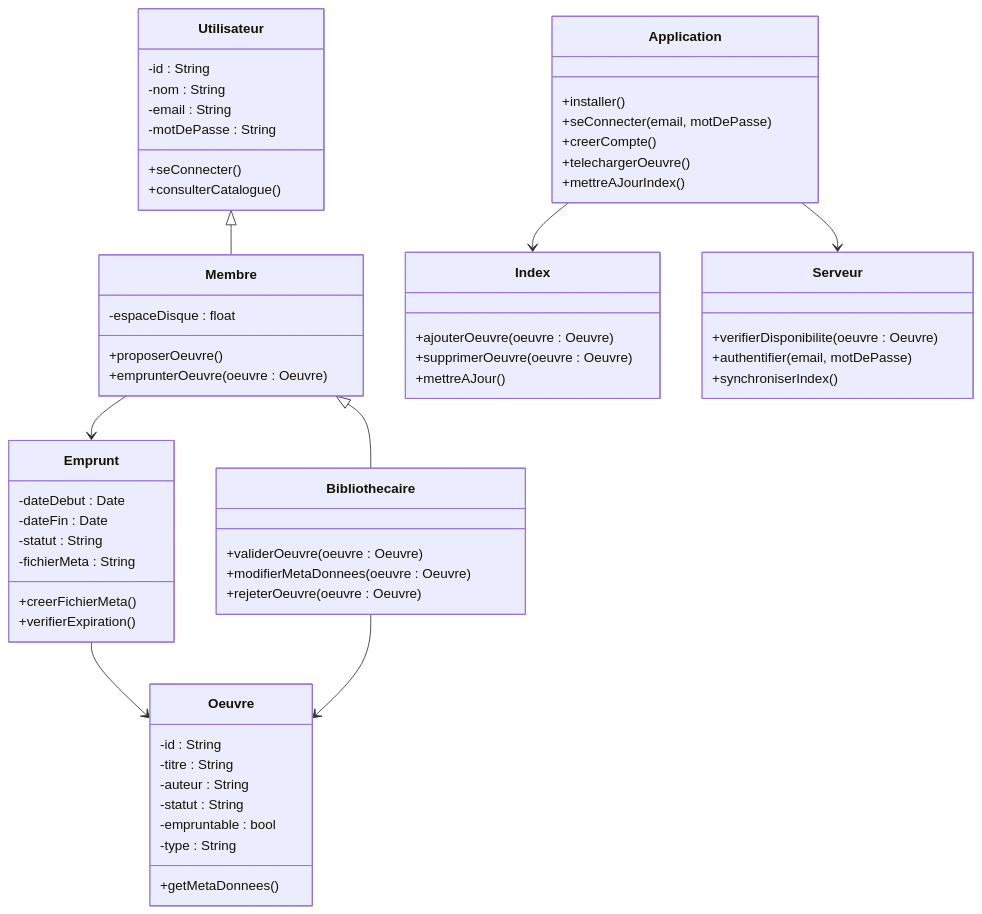
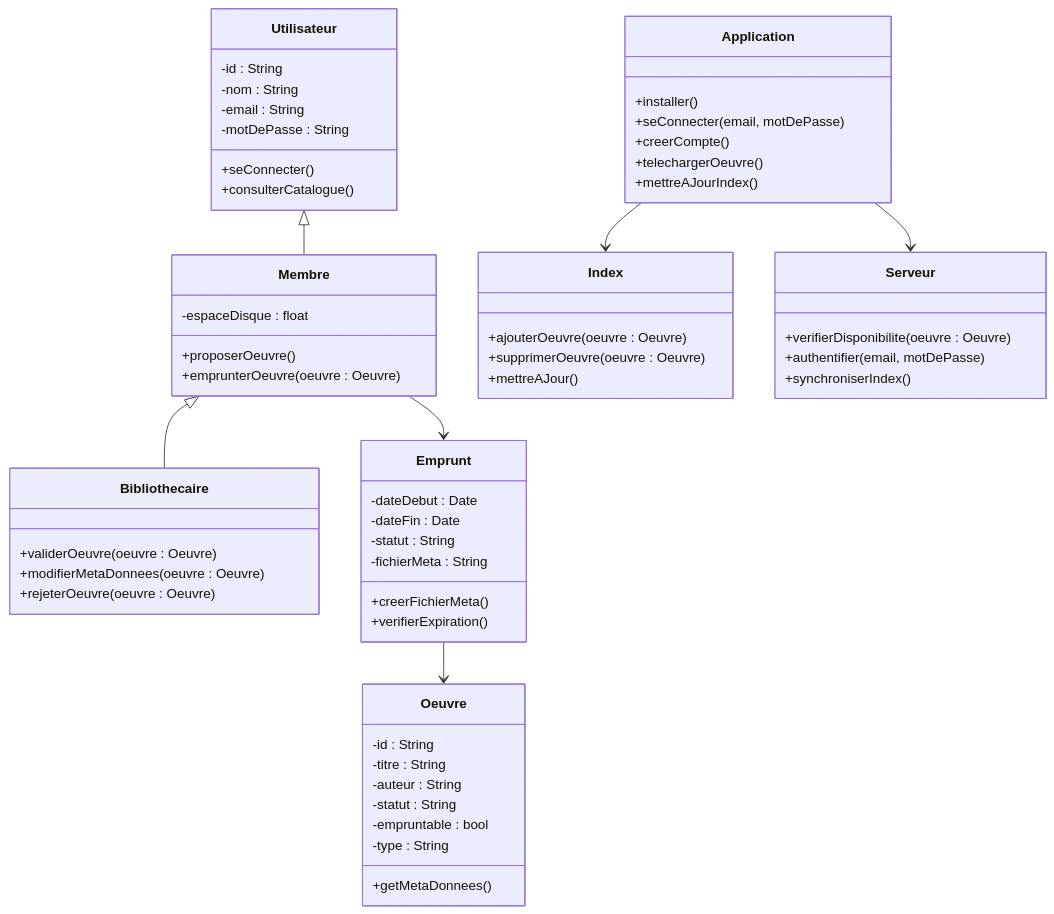
One commit to JustADevInFrance/biblioteko changed the diagram in docs/fr/Conception/Diagrammes de classes/Diagrammes/global.md. Above: the diagram before and after it, drawn with Mermaid. The commit also changed 8 other files, not shown here.

````diff
--- a/docs/fr/Conception/Diagrammes de classes/Diagrammes/global.md
+++ b/docs/fr/Conception/Diagrammes de classes/Diagrammes/global.md
@@ -3,70 +3,69 @@
 ```mermaid
 classDiagram
     class Application {
         +installer()
         +seConnecter(email, motDePasse)
         +creerCompte()
         +telechargerOeuvre()
         +mettreAJourIndex()
     }
 
     class Utilisateur {
         -id : String
         -nom : String
         -email : String
         -motDePasse : String
         +seConnecter()
         +consulterCatalogue()
     }
 
     class Membre {
         -espaceDisque : float
         +proposerOeuvre()
         +emprunterOeuvre(oeuvre : Oeuvre)
     }
 
     class Bibliothecaire {
         +validerOeuvre(oeuvre : Oeuvre)
         +modifierMetaDonnees(oeuvre : Oeuvre)
         +rejeterOeuvre(oeuvre : Oeuvre)
     }
 
     class Oeuvre {
         -id : String
         -titre : String
         -auteur : String
         -statut : String
         -empruntable : bool
         -type : String
         +getMetaDonnees()
     }
 
     class Emprunt {
         -dateDebut : Date
         -dateFin : Date
         -statut : String
         -fichierMeta : String
         +creerFichierMeta()
         +verifierExpiration()
     }
 
     class Index {
         +ajouterOeuvre(oeuvre : Oeuvre)
         +supprimerOeuvre(oeuvre : Oeuvre)
         +mettreAJour()
     }
 
     class Serveur {
         +verifierDisponibilite(oeuvre : Oeuvre)
         +authentifier(email, motDePasse)
         +synchroniserIndex()
     }
 
 Application --> Serveur
 Application --> Index
 Utilisateur <|-- Membre
 Membre <|-- Bibliothecaire
 Membre --> Emprunt
 Emprunt --> Oeuvre
-Bibliothecaire --> Oeuvre
 ```
````
